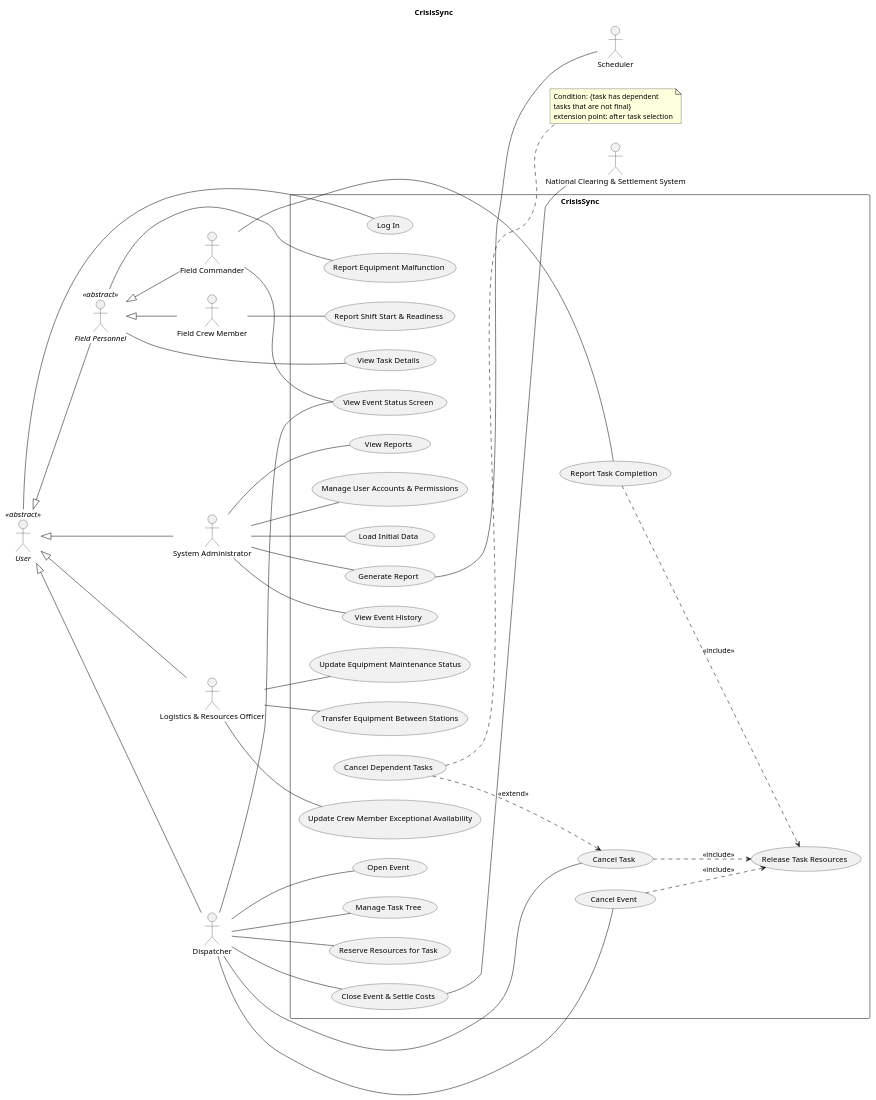
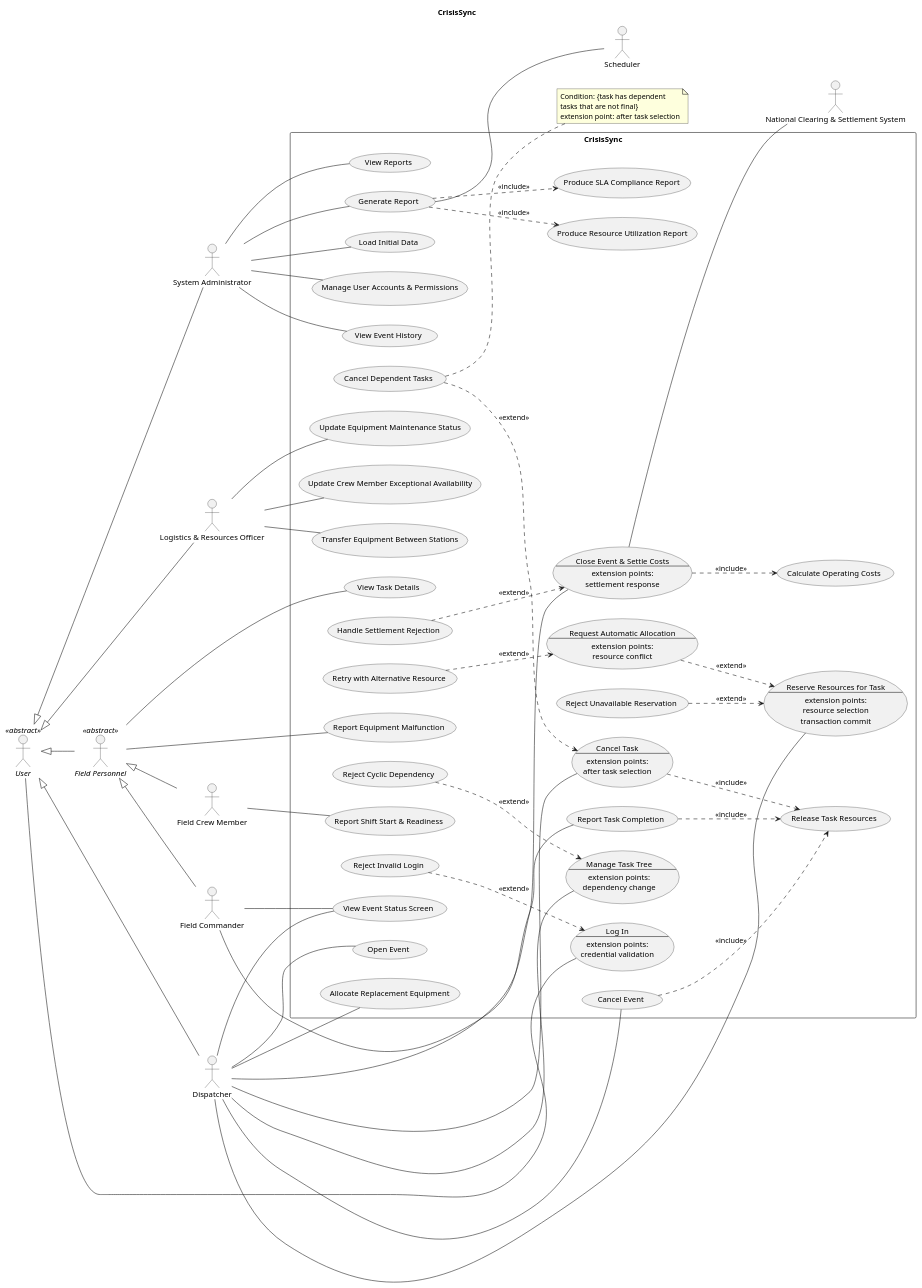
Before and after one commit to Zer0Hiro/CrysisSync: the diagram in useCase.puml, drawn with PlantUML. The commit also changed 4 other files, not shown here.

Commit message:
Complete use case model: add error paths, auto allocation and reports

```diff
--- a/useCase.puml
+++ b/useCase.puml
@@ -1,103 +1,150 @@
 @startuml
 'skinparam actorStyle awesome
 left to right direction
 title CrisisSync
 
 ' ===== Actors =====
 actor "//User//" as USER <<abstract>>
 actor "System Administrator" as SA
 actor "Logistics & Resources Officer" as LO
 actor "Dispatcher" as D
 actor "//Field Personnel//" as FP <<abstract>>
 actor "Field Commander" as FC
 actor "Field Crew Member" as FCM
 actor "National Clearing & Settlement System" as NCSS
 actor "Scheduler" as SCHED
 
 ' ===== Actor generalization (parent <|-- child: arrow still points to parent; parent is laid out to the left) =====
 USER <|-- SA
 USER <|-- LO
 USER <|-- D
 USER <|-- FP
 FP <|-- FC
 FP <|-- FCM
 
 ' ===== System boundary =====
 rectangle "CrisisSync" {
-  usecase "Log In" as Login
+  usecase Login as "Log In
+--
+extension points:
+credential validation"
+  usecase "Reject Invalid Login" as RejectLogin
 
   ' --- Administration ---
   usecase "Manage User Accounts & Permissions" as ManageUsers
   usecase "Load Initial Data" as LoadData
   usecase "View Event History" as EventHistory
   usecase "Generate Report" as GenerateReport
+  usecase "Produce SLA Compliance Report" as SLAReport
+  usecase "Produce Resource Utilization Report" as UtilizationReport
   usecase "View Reports" as ViewReports
 
   ' --- Resource Management ---
   usecase "Update Equipment Maintenance Status" as Maintenance
   usecase "Transfer Equipment Between Stations" as TransferEquipment
   usecase "Update Crew Member Exceptional Availability" as ExceptionalAvailability
 
   ' --- Event & Task Management ---
   usecase "Open Event" as OpenEvent
   usecase "Cancel Event" as CancelEvent
-  usecase "Manage Task Tree" as ManageTaskTree
-  usecase "Reserve Resources for Task" as ReserveResources
-  usecase "Cancel Task" as CancelTask
+  usecase ManageTaskTree as "Manage Task Tree
+--
+extension points:
+dependency change"
+  usecase "Reject Cyclic Dependency" as RejectCycle
+  usecase ReserveResources as "Reserve Resources for Task
+--
+extension points:
+resource selection
+transaction commit"
+  usecase AutoAllocation as "Request Automatic Allocation
+--
+extension points:
+resource conflict"
+  usecase "Retry with Alternative Resource" as RetryAlternative
+  usecase "Reject Unavailable Reservation" as RejectReservation
+  usecase "Allocate Replacement Equipment" as ReplaceEquipment
+  usecase CancelTask as "Cancel Task
+--
+extension points:
+after task selection"
   usecase "Cancel Dependent Tasks" as CancelDependents
   usecase "Release Task Resources" as ReleaseResources
   usecase "View Event Status Screen" as EventStatus
-  usecase "Close Event & Settle Costs" as CloseEvent
+  usecase CloseEvent as "Close Event & Settle Costs
+--
+extension points:
+settlement response"
+  usecase "Calculate Operating Costs" as CalculateCosts
+  usecase "Handle Settlement Rejection" as SettlementRejection
 
   ' --- Field Operations ---
   usecase "Report Task Completion" as TaskCompletion
   usecase "View Task Details" as TaskDetails
   usecase "Report Equipment Malfunction" as EquipmentMalfunction
   usecase "Report Shift Start & Readiness" as ShiftReadiness
 }
 
 ' ===== Associations: primary actors (left) =====
 USER -- Login
 
 SA -- ManageUsers
 SA -- LoadData
 SA -- EventHistory
 SA -- GenerateReport
 SA -- ViewReports
 
 LO -- Maintenance
 LO -- TransferEquipment
 LO -- ExceptionalAvailability
 
 D -- OpenEvent
 D -- CancelEvent
 D -- ManageTaskTree
 D -- ReserveResources
+D -- ReplaceEquipment
 D -- CancelTask
 D -- EventStatus
 D -- CloseEvent
 
 FC -- EventStatus
 FC -- TaskCompletion
 FP -- TaskDetails
 FP -- EquipmentMalfunction
 FCM -- ShiftReadiness
 
 ' ===== Non-human actors (right): UC written first so the actor is placed right of the boundary =====
 CloseEvent -- NCSS
 GenerateReport -- SCHED
 
 ' ===== Include (base ..> included) =====
 CancelEvent ..> ReleaseResources : <<include>>
 CancelTask ..> ReleaseResources : <<include>>
 TaskCompletion ..> ReleaseResources : <<include>>
+GenerateReport ..> SLAReport : <<include>>
+GenerateReport ..> UtilizationReport : <<include>>
+CloseEvent ..> CalculateCosts : <<include>>
 
 ' ===== Extend (extension ..> base) =====
+RejectLogin ..> Login : <<extend>>
+RejectCycle ..> ManageTaskTree : <<extend>>
+AutoAllocation ..> ReserveResources : <<extend>>
+RetryAlternative ..> AutoAllocation : <<extend>>
+RejectReservation ..> ReserveResources : <<extend>>
 CancelDependents ..> CancelTask : <<extend>>
+SettlementRejection ..> CloseEvent : <<extend>>
+
+' ===== Extend conditions (extension point: condition) =====
+' Reject Invalid Login         -> credential validation: {username or password is wrong}
+' Reject Cyclic Dependency     -> dependency change: {new dependency would create a cycle}
+' Request Automatic Allocation -> resource selection: {Dispatcher chooses automatic allocation}
+' Retry with Alt. Resource     -> resource conflict: {chosen resource taken concurrently; max 2 retries}
+' Reject Unavailable Reserv.   -> transaction commit: {a requested resource is not available; rollback}
+' Handle Settlement Rejection  -> settlement response: {external system rejects the settlement}
 note right of CancelDependents
   Condition: {task has dependent
   tasks that are not final}
   extension point: after task selection
 end note
 
 @enduml
```
